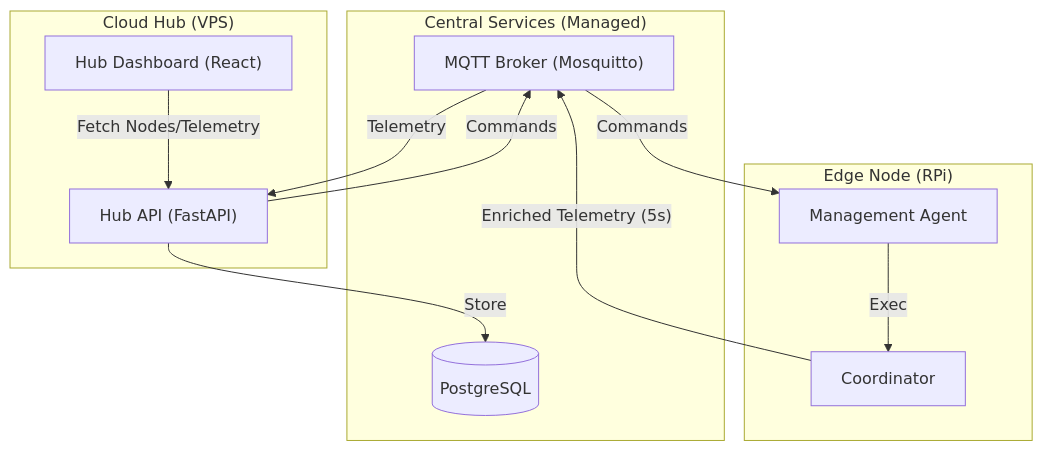
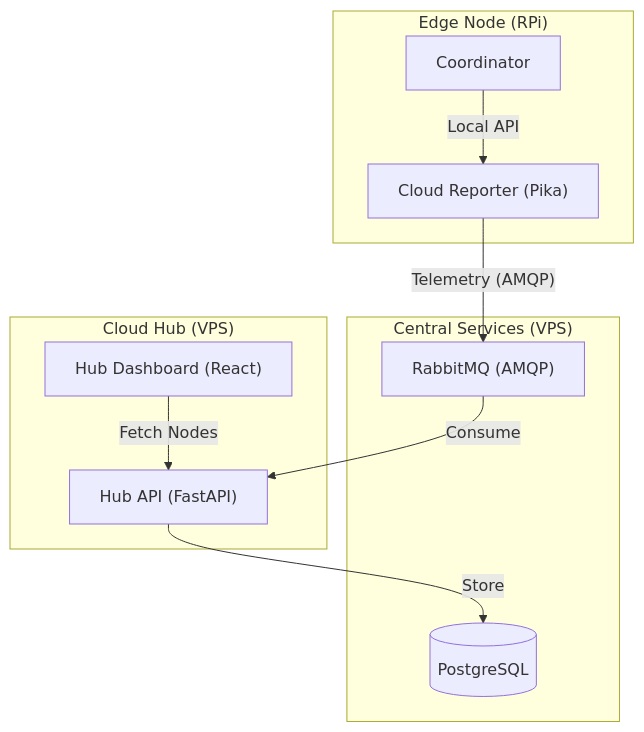
Before and after one commit to RMachnik/goodwe-dynamic-price-optimiser: the diagram in docs/cloud_architecture_plan.md, drawn with Mermaid. The commit also changed other lines of this file and 11 other files, not shown here.

````diff
--- a/docs/cloud_architecture_plan.md
+++ b/docs/cloud_architecture_plan.md
@@ -96,25 +71,23 @@
 ```mermaid
 graph TD
-    subgraph "Central Services (Managed)"
+    subgraph "Central Services (VPS)"
         HubDB[(PostgreSQL)]
-        Broker["MQTT Broker (Mosquitto)"]
+        Broker["RabbitMQ (AMQP)"]
     end
 
     subgraph "Cloud Hub (VPS)" 
         API["Hub API (FastAPI)"]
         Dashboard["Hub Dashboard (React)"]
     end
 
     subgraph "Edge Node (RPi)"
         App["Coordinator"]
-        Agent["Management Agent"]
+        Agent["Cloud Reporter (Pika)"]
     end
 
-    App -- "Enriched Telemetry (5s)" --> Broker
-    Broker -- "Telemetry" --> API
+    App -- "Local API" --> Agent
+    Agent -- "Telemetry (AMQP)" --> Broker
+    Broker -- "Consume" --> API
     API -- "Store" --> HubDB
-    Dashboard -- "Fetch Nodes/Telemetry" --> API
-    API -- "Commands" --> Broker
-    Broker -- "Commands" --> Agent
-    Agent -- "Exec" --> App
+    Dashboard -- "Fetch Nodes" --> API
 ```
````
